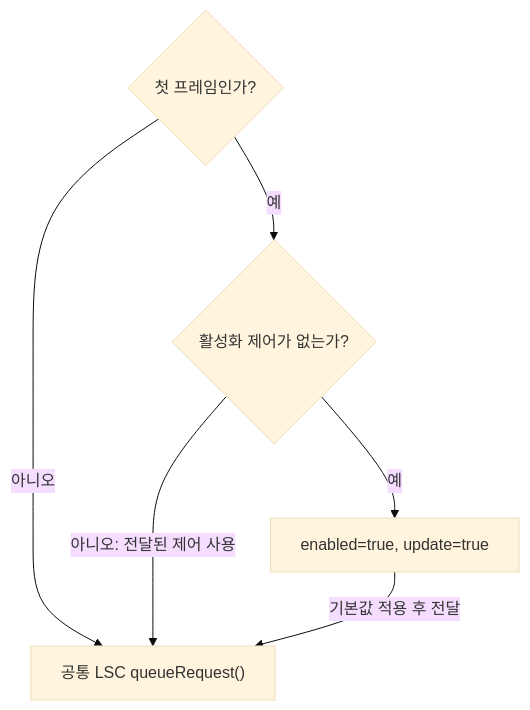
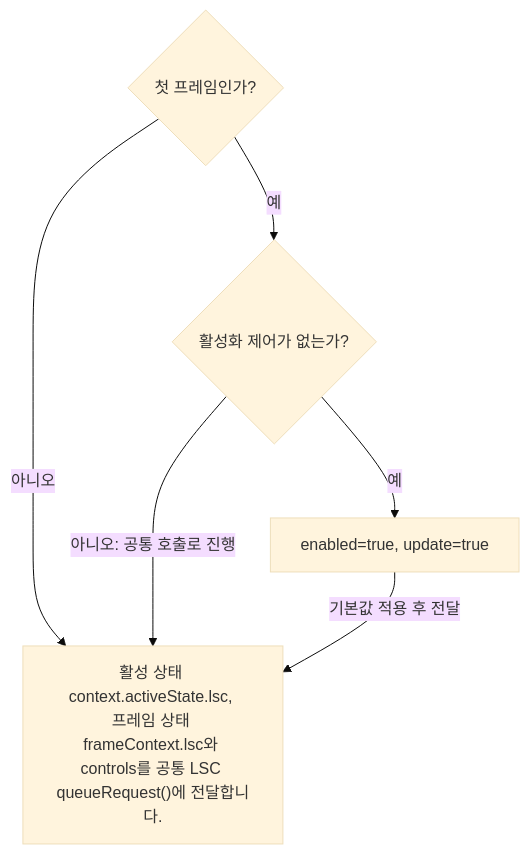
The diagram in docs/ipu3-lsc-flow.lsc-request-input.mmd (TTolsun/libcamera-sdd), drawn with Mermaid (base theme) before and after one commit. The commit also changed 283 other files, not shown here.

```diff
--- a/docs/ipu3-lsc-flow.lsc-request-input.mmd
+++ b/docs/ipu3-lsc-flow.lsc-request-input.mmd
@@ -1,11 +1,11 @@
 flowchart TB
-%% sdd:translations {"enabled#61;true, update#61;true": "enabled#61;true, update#61;true", "공통 LSC queueRequest#40;#41;": "Common LSC queueRequest#40;#41;", "기본값 적용 후 전달": "Forward after applying <br/>default", "아니오": "No", "아니오: 전달된 제어 사용": "No: use supplied control", "예": "Yes", "첫 프레임인가?": "First frame?", "활성화 제어가 없는가?": "Enable control absent?"}
+%% sdd:translations {"enabled#61;true, update#61;true": "enabled#61;true, update#61;true", "기본값 적용 후 전달": "Forward after applying <br/>default", "아니오": "No", "아니오: 공통 호출로 진행": "No: continue to the common <br/>call", "예": "Yes", "첫 프레임인가?": "First frame?", "활성 상태 <br/>context.activeState.lsc, <br/>프레임 상태 <br/>frameContext.lsc와 <br/>controls를 공통 LSC <br/>queueRequest#40;#41;에 전달합니다.": "Pass active state <br/>context.activeState.lsc, <br/>frame state <br/>frameContext.lsc, and <br/>controls to the common LSC <br/>queueRequest#40;#41;.", "활성화 제어가 없는가?": "Enable control absent?"}
   v_first{"첫 프레임인가?"}
   v_control{"활성화 제어가 없는가?"}
   v_default["enabled#61;true, update#61;true"]
-  v_common["공통 LSC queueRequest#40;#41;"]
+  v_common["활성 상태 <br/>context.activeState.lsc, <br/>프레임 상태 <br/>frameContext.lsc와 <br/>controls를 공통 LSC <br/>queueRequest#40;#41;에 전달합니다."]
   v_first -->|"예"| v_control
   v_first -->|"아니오"| v_common
   v_control -->|"예"| v_default
-  v_control -->|"아니오: 전달된 제어 사용"| v_common
+  v_control -->|"아니오: 공통 호출로 진행"| v_common
   v_default -->|"기본값 적용 후 전달"| v_common
```
